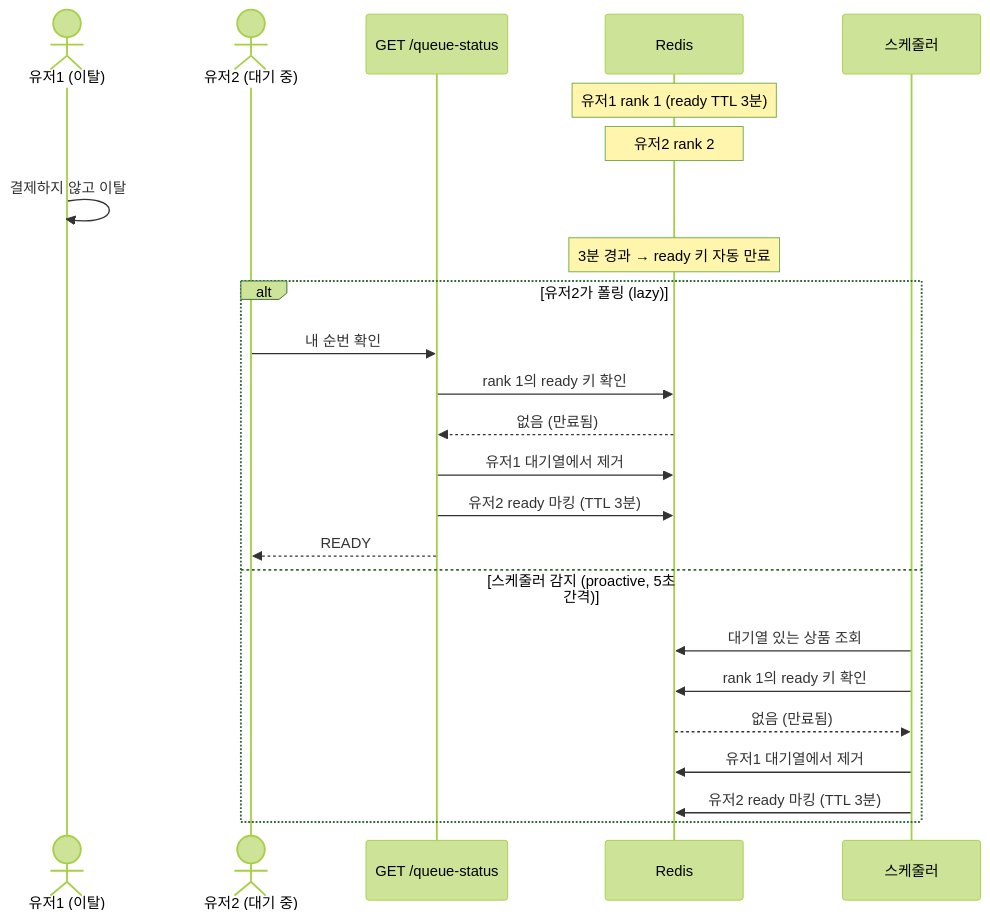
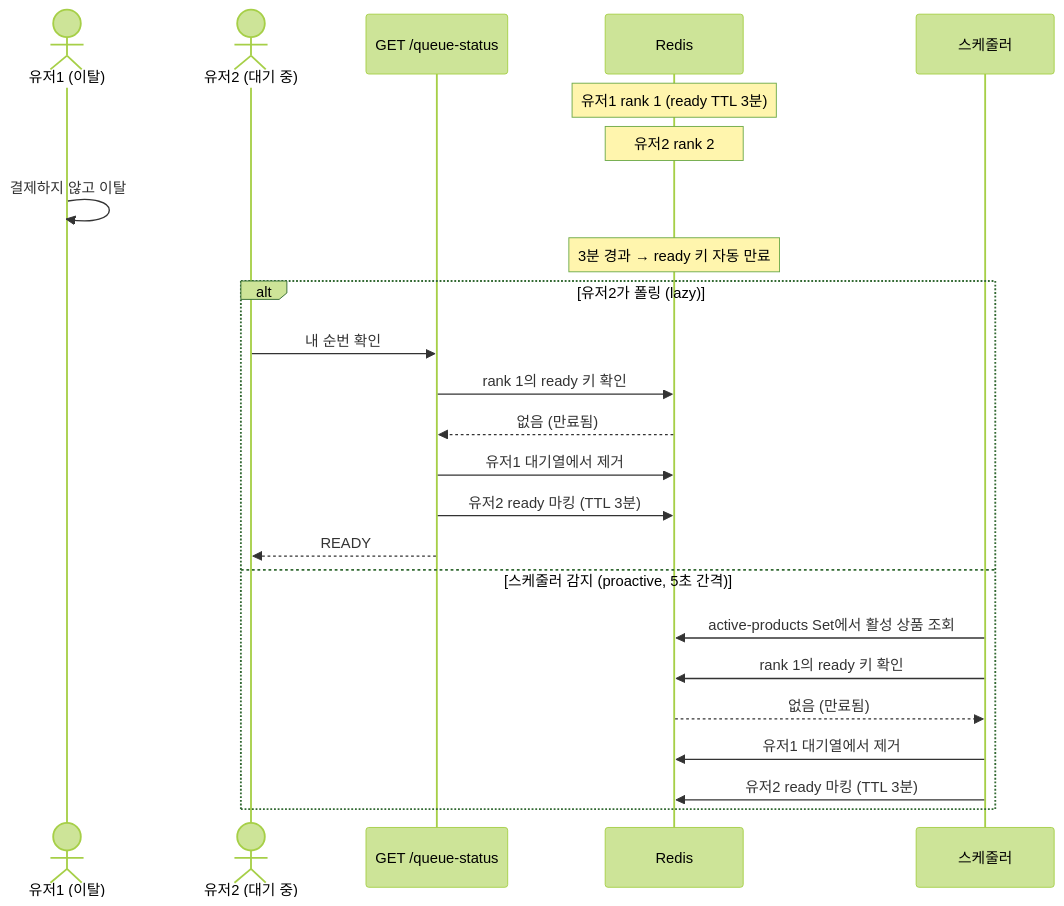
The seventh of 10 diagrams in README.md (Jin409/hotdeal-reservation), drawn with Mermaid (forest theme) before and after one commit.

Commit message:
docs: README 수정

````diff
--- a/README.md
+++ b/README.md
@@ -238,27 +238,27 @@
 ```mermaid
 sequenceDiagram
     actor 유저1 as 유저1 (이탈)
     actor 유저2 as 유저2 (대기 중)
     participant 폴링 as GET /queue-status
     participant Redis
     participant 스케줄러
     Note over Redis: 유저1 rank 1 (ready TTL 3분)
     Note over Redis: 유저2 rank 2
     유저1 ->> 유저1: 결제하지 않고 이탈
     Note over Redis: 3분 경과 → ready 키 자동 만료
 
     alt 유저2가 폴링 (lazy)
         유저2 ->> 폴링: 내 순번 확인
         폴링 ->> Redis: rank 1의 ready 키 확인
         Redis -->> 폴링: 없음 (만료됨)
         폴링 ->> Redis: 유저1 대기열에서 제거
         폴링 ->> Redis: 유저2 ready 마킹 (TTL 3분)
         폴링 -->> 유저2: READY
     else 스케줄러 감지 (proactive, 5초 간격)
-        스케줄러 ->> Redis: 대기열 있는 상품 조회
+        스케줄러 ->> Redis: active-products Set에서 활성 상품 조회
         스케줄러 ->> Redis: rank 1의 ready 키 확인
         Redis -->> 스케줄러: 없음 (만료됨)
         스케줄러 ->> Redis: 유저1 대기열에서 제거
         스케줄러 ->> Redis: 유저2 ready 마킹 (TTL 3분)
     end
 ```
````
